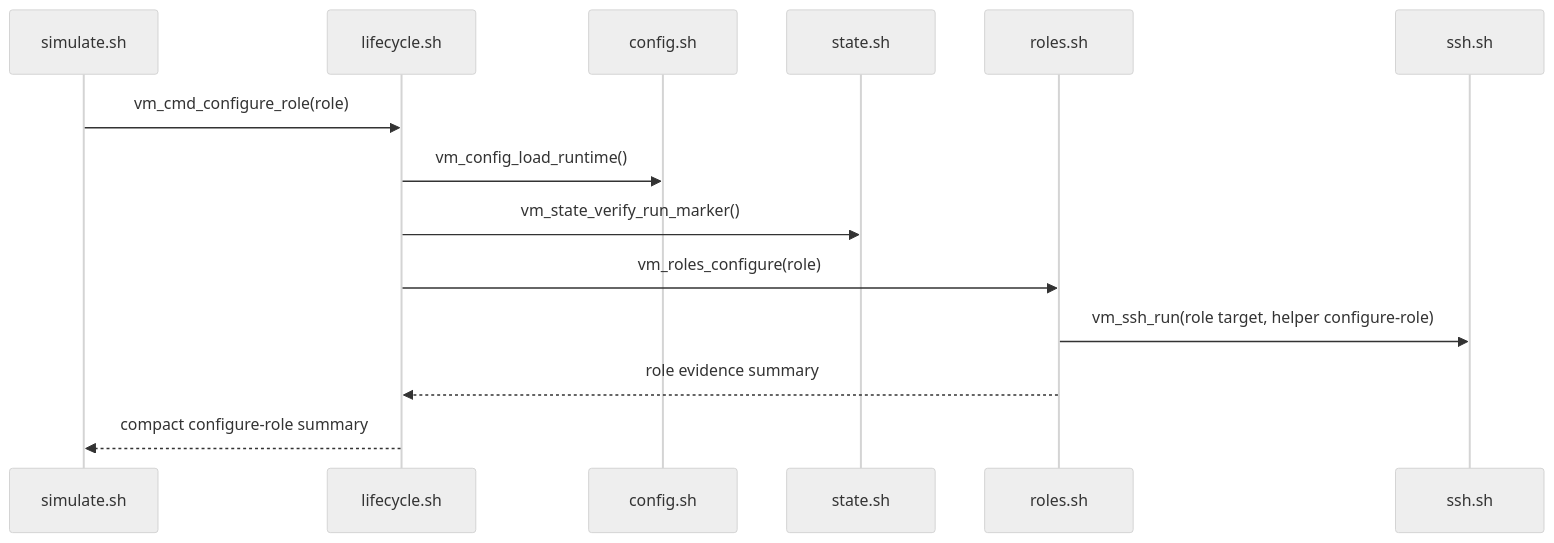
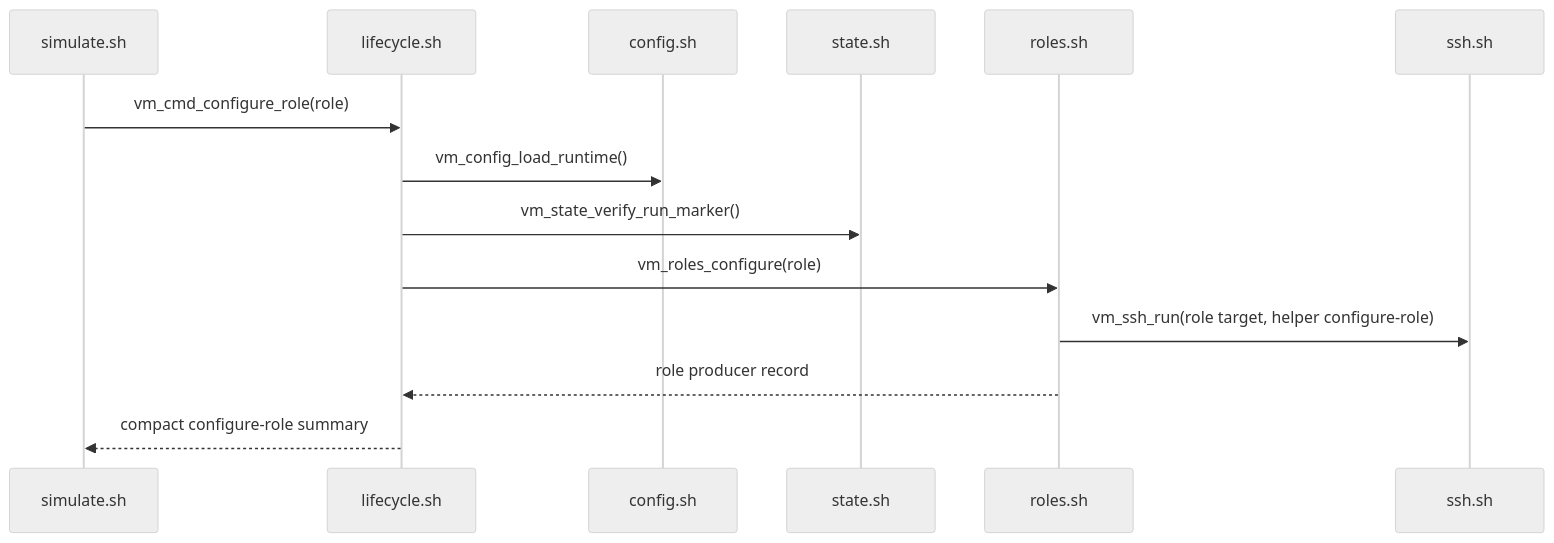
The ninth of 20 diagrams in simulation/docs/vm/command-sequences.md (NoNine/loopforge), drawn with Mermaid (neutral theme) before and after one commit. The commit also changed other lines of this file and 43 other files, not shown here.

First line of the commit message:
Clarify producer and simulation record ownership

````diff
--- a/simulation/docs/vm/command-sequences.md
+++ b/simulation/docs/vm/command-sequences.md
@@ -198,17 +198,17 @@
 ```mermaid
 sequenceDiagram
   participant CLI as simulate.sh
   participant LC as lifecycle.sh
   participant CFG as config.sh
   participant ST as state.sh
   participant ROLE as roles.sh
   participant SSH as ssh.sh
 
   CLI->>LC: vm_cmd_configure_role(role)
   LC->>CFG: vm_config_load_runtime()
   LC->>ST: vm_state_verify_run_marker()
   LC->>ROLE: vm_roles_configure(role)
   ROLE->>SSH: vm_ssh_run(role target, helper configure-role)
-  ROLE-->>LC: role evidence summary
+  ROLE-->>LC: role producer record
   LC-->>CLI: compact configure-role summary
 ```
````
